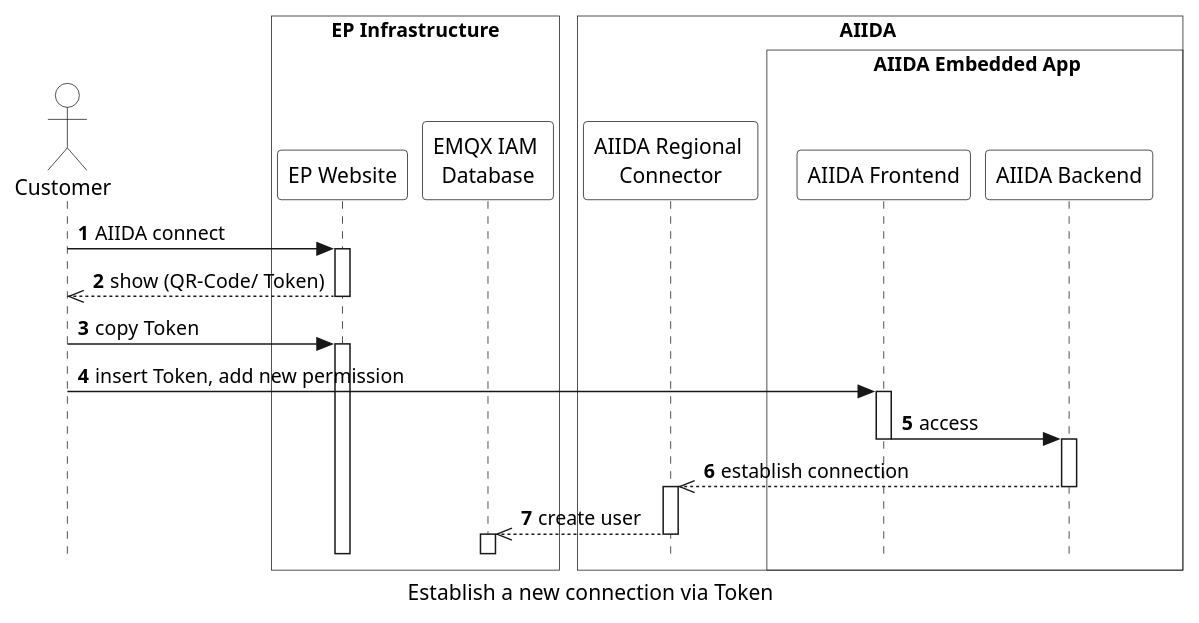
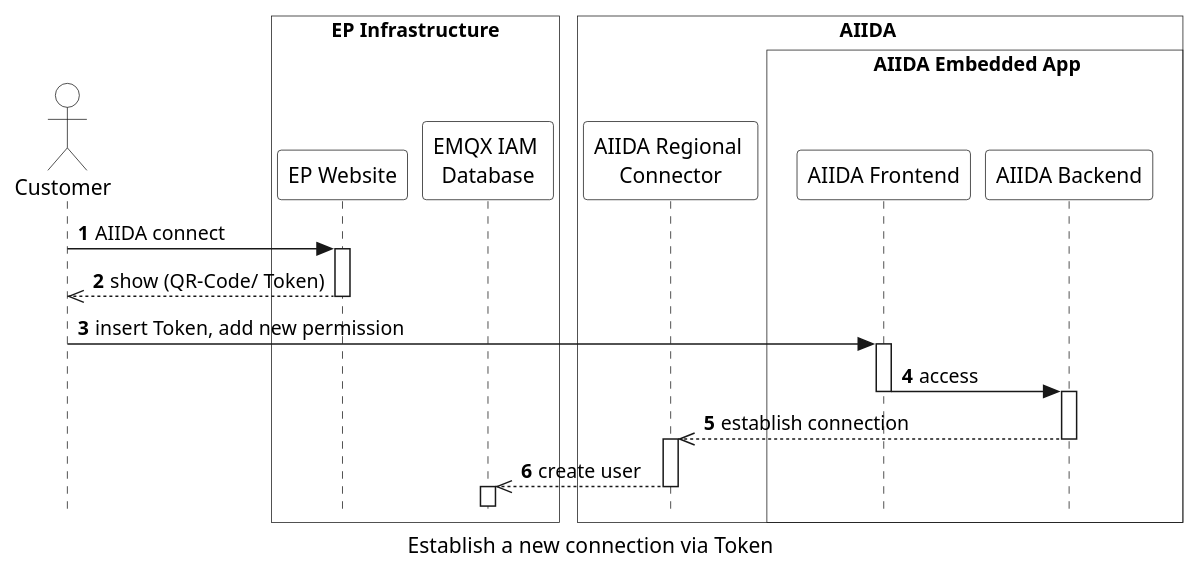
The diagram in arc42/aiida/runtime-view/figures/aiida_new_connection_token.puml (eddie-energy/architecture), drawn with PlantUML before and after one commit. The commit also changed 10 other files, not shown here.

```diff
--- a/arc42/aiida/runtime-view/figures/aiida_new_connection_token.puml
+++ b/arc42/aiida/runtime-view/figures/aiida_new_connection_token.puml
@@ -1,54 +1,53 @@
 @startuml aiida_new_connection_token
 'sequence diagram
 caption Establish a new connection via Token
 
 skinparam style strictuml
 skinparam sequence {
   ParticipantBackgroundColor transparent
   ActorBackgroundColor transparent
 }
 
 autonumber
 !pragma teoz true
 
 actor "Customer" as user
 box "EP Infrastructure" #transparent
   participant "EP Website" as website
   participant "EMQX IAM \nDatabase" as database
 end box
     box "\tAIIDA\t\t"  #transparent
     participant "AIIDA Regional \nConnector" as connector
       box "\t\tAIIDA Embedded App\t\t"  #transparent
       participant "AIIDA Frontend" as frontend
       participant "AIIDA Backend" as backend
     end box
   end box
 
 
 user -> website : AIIDA connect
 activate website
 
   website -->> user : show (QR-Code/ Token)
 deactivate website
 
-user -> website : copy Token
-activate website
+
   user -> frontend : insert Token, add new permission
   activate frontend
       frontend -> backend : access
            activate backend 
            deactivate frontend
     backend  -->> connector : establish connection
 
 
      deactivate backend
      
     activate connector
     connector -->> database : create user
     deactivate connector 
     activate database
     deactivate database
 
-deactivate website
+
 
 @enduml
```
